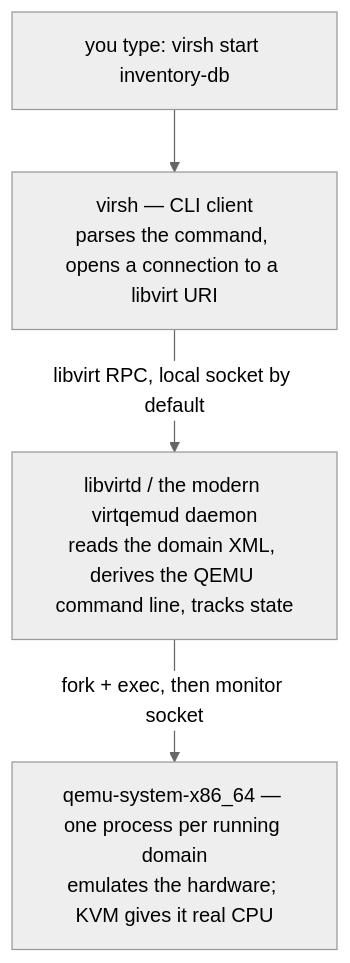
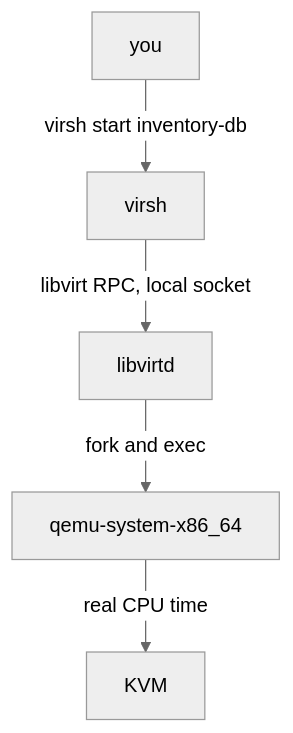
One commit to astrona-io/ATS002 changed the diagram in sections/section-030/module-02/course-01-domain-and-the-libvirt-stack.md. Above: the diagram before and after it, drawn with Mermaid (neutral theme). The commit also changed other lines of this file and 615 other files, not shown here.

````diff
--- a/sections/section-030/module-02/course-01-domain-and-the-libvirt-stack.md
+++ b/sections/section-030/module-02/course-01-domain-and-the-libvirt-stack.md
@@ -30,6 +36,7 @@
 ```mermaid
-flowchart TD
-    U["you type: virsh start inventory-db"] --> V["virsh — CLI client<br/>parses the command, opens a connection to a libvirt URI"]
-    V -->|libvirt RPC, local socket by default| D["libvirtd / the modern virtqemud daemon<br/>reads the domain XML, derives the QEMU command line, tracks state"]
-    D -->|fork + exec, then monitor socket| Q["qemu-system-x86_64 — one process per running domain<br/>emulates the hardware; KVM gives it real CPU"]
+flowchart TB
+    U["you"] -->|"virsh start inventory-db"| V["virsh"]
+    V -->|"libvirt RPC, local socket"| D["libvirtd"]
+    D -->|"fork and exec"| Q["qemu-system-x86_64"]
+    Q -->|"real CPU time"| K["KVM"]
 ```
````
